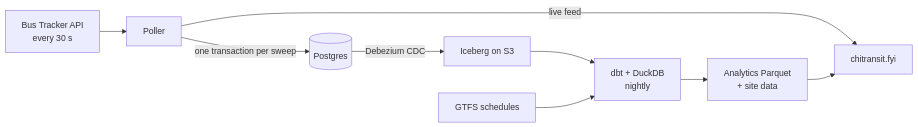
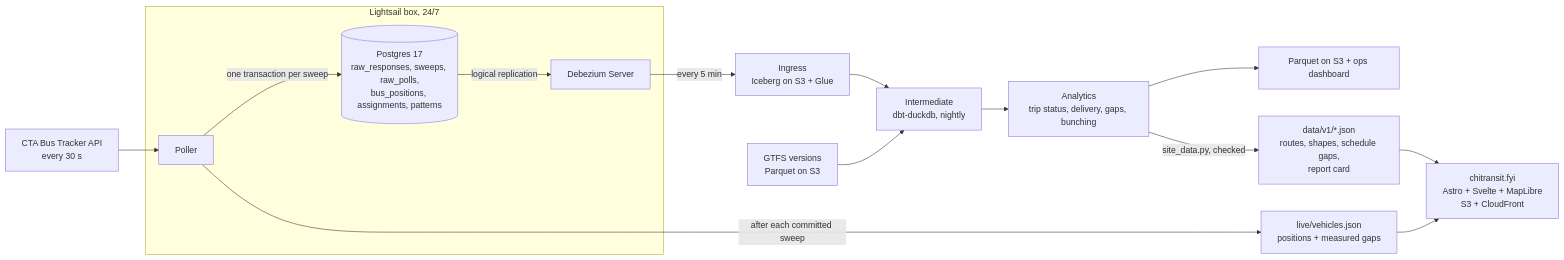
Before and after one commit to sohammandal/chitransit: the diagram in README.md, drawn with Mermaid. The commit also changed other lines of this file and 1 other file, not shown here.

````diff
--- a/README.md
+++ b/README.md
@@ -9,11 +40,17 @@
 ```mermaid
 flowchart LR
-    BT[Bus Tracker API<br/>every 30 s] --> P[Poller]
-    P -->|one transaction per sweep| PG[(Postgres)]
-    PG -->|Debezium CDC| ING[Iceberg on S3]
-    ING --> DBT[dbt + DuckDB<br/>nightly]
-    GTFS[GTFS schedules] --> DBT
-    DBT --> AN[Analytics Parquet<br/>+ site data]
-    P -->|live feed| SITE[chitransit.fyi]
-    AN --> SITE
+    BT[CTA Bus Tracker API<br/>every 30 s] --> P
+    subgraph BOX[Lightsail box, 24/7]
+        P[Poller] -->|one transaction per sweep| PG[(Postgres 17<br/>raw_responses, sweeps, raw_polls,<br/>bus_positions, assignments, patterns)]
+        PG -->|logical replication| CDC[Debezium Server]
+    end
+    CDC -->|every 5 min| ING[Ingress<br/>Iceberg on S3 + Glue]
+    GTFS[GTFS versions<br/>Parquet on S3] --> INT
+    ING --> INT[Intermediate<br/>dbt-duckdb, nightly]
+    INT --> AN[Analytics<br/>trip status, delivery, gaps, bunching]
+    AN --> OUT[Parquet on S3 + ops dashboard]
+    P -->|after each committed sweep| LIVE[live/vehicles.json<br/>positions + measured gaps]
+    AN -->|site_data.py, checked| DATA[data/v1/*.json<br/>routes, shapes, schedule gaps,<br/>report card]
+    LIVE --> SITE[chitransit.fyi<br/>Astro + Svelte + MapLibre<br/>S3 + CloudFront]
+    DATA --> SITE
 ```
````
